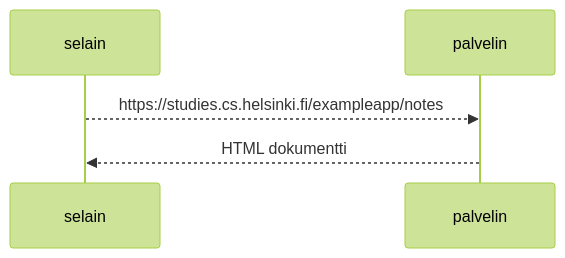
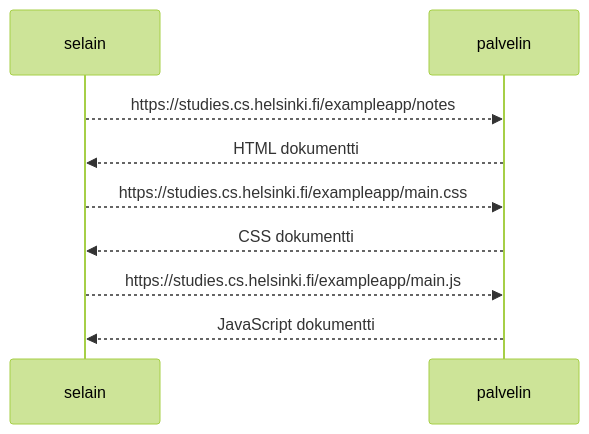
Before and after one commit to MiroIhalainen/Web-sovellusten-toimintaperiaatteet: the diagram in README.md, drawn with Mermaid (forest theme).

````diff
--- a/README.md
+++ b/README.md
@@ -2,8 +2,14 @@
 ```mermaid
 sequenceDiagram
     participant selain
     participant palvelin
 
     selain-->>palvelin: https://studies.cs.helsinki.fi/exampleapp/notes
     palvelin-->>selain: HTML dokumentti
+
+    selain-->>palvelin: https://studies.cs.helsinki.fi/exampleapp/main.css
+    palvelin-->>selain: CSS dokumentti
+
+    selain-->>palvelin: https://studies.cs.helsinki.fi/exampleapp/main.js
+     palvelin-->>selain: JavaScript dokumentti
 ```
````
